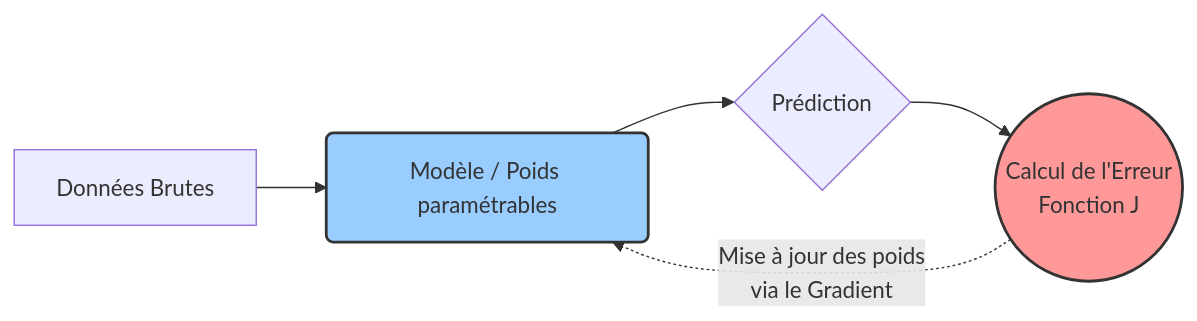
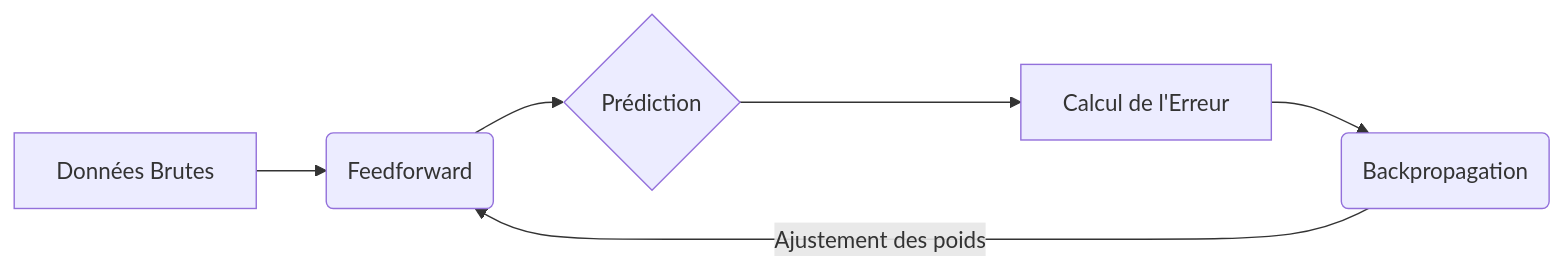
One commit to aptitek/aptispace-ia changed the second of 2 diagrams in cours/1_introduction.qmd. Above: the diagram before and after it, drawn with Mermaid. The commit also changed other lines of this file and 15 other files, not shown here.

````diff
--- a/cours/1_introduction.qmd
+++ b/cours/1_introduction.qmd
@@ -22,9 +80,8 @@
 ```{mermaid}
 graph LR
-    A[Données Brutes] --> B(Modèle / Poids paramétrables)
+    A[Données Brutes] --> B(Feedforward)
     B --> C{Prédiction}
-    C --> D((Calcul de l'Erreur <br/> Fonction J))
-    D -.->|Mise à jour des poids <br/> via le Gradient| B
-    style D fill:#ff9999,stroke:#333,stroke-width:2px
-    style B fill:#99ccff,stroke:#333,stroke-width:2px
+    C --> D[Calcul de l'Erreur]
+    D --> E(Backpropagation)
+    E -->|Ajustement des poids| B
 ```
````
